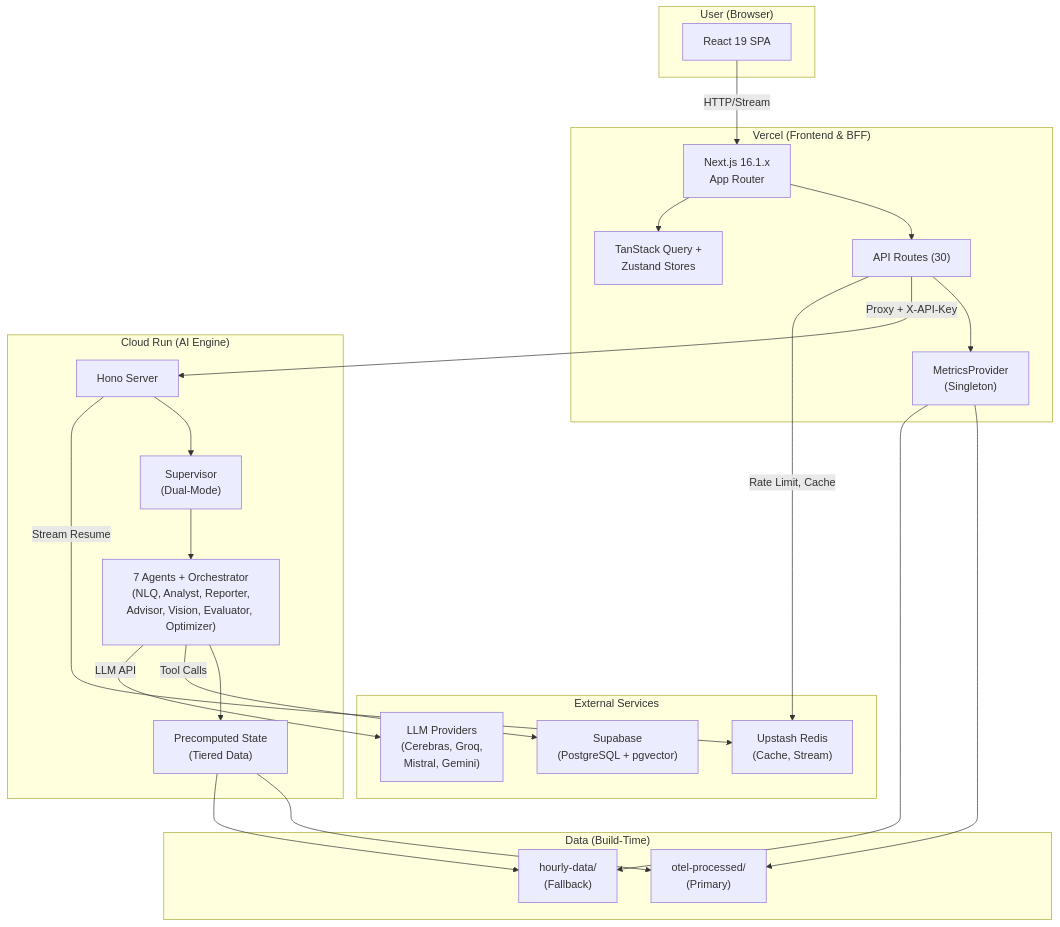
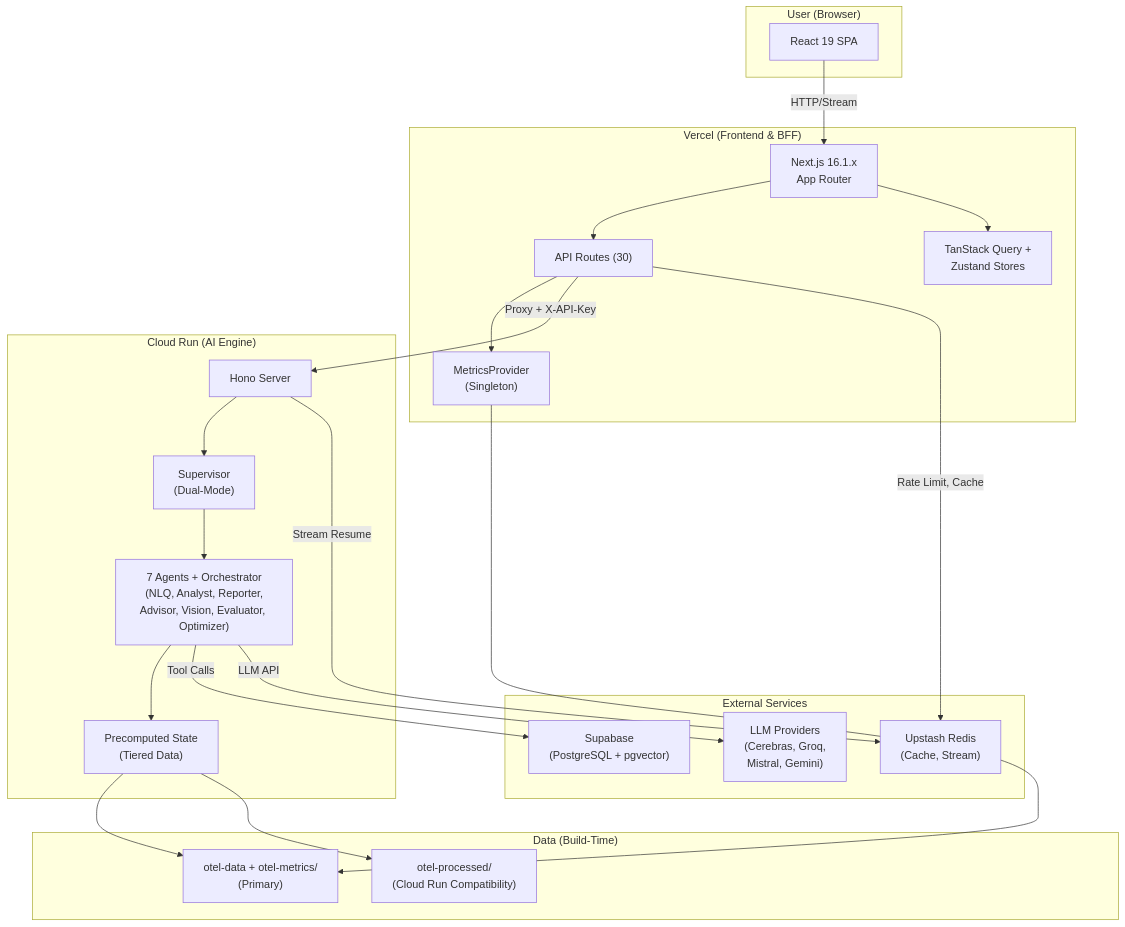
The diagram in docs/reference/architecture/system/system-architecture-current.md (skyasu2/openmanager-ai), drawn with Mermaid before and after one commit. The commit also changed other lines of this file and 200 other files, not shown here.

First line of the commit message:
refactor(otel): standardize OTel metrics, AI engine agents, and UI improvements

````diff
--- a/docs/reference/architecture/system/system-architecture-current.md
+++ b/docs/reference/architecture/system/system-architecture-current.md
@@ -34,48 +34,47 @@
 ```mermaid
 graph TB
     subgraph User["User (Browser)"]
         UI[React 19 SPA]
     end
 
     subgraph Vercel["Vercel (Frontend & BFF)"]
         NextJS["Next.js 16.1.x<br/>App Router"]
         API["API Routes (30)"]
         MP["MetricsProvider<br/>(Singleton)"]
         Providers["TanStack Query +<br/>Zustand Stores"]
     end
 
     subgraph CloudRun["Cloud Run (AI Engine)"]
         Hono["Hono Server"]
         Supervisor["Supervisor<br/>(Dual-Mode)"]
         Agents["7 Agents + Orchestrator<br/>(NLQ, Analyst, Reporter,<br/>Advisor, Vision, Evaluator, Optimizer)"]
         PreComp["Precomputed State<br/>(Tiered Data)"]
     end
 
     subgraph External["External Services"]
         Supabase["Supabase<br/>(PostgreSQL + pgvector)"]
         Redis["Upstash Redis<br/>(Cache, Stream)"]
         LLM["LLM Providers<br/>(Cerebras, Groq,<br/>Mistral, Gemini)"]
     end
 
     subgraph Data["Data (Build-Time)"]
-        OTel["otel-processed/<br/>(Primary)"]
-        Hourly["hourly-data/<br/>(Fallback)"]
+        OTel["otel-data + otel-metrics/<br/>(Primary)"]
+        Compat["otel-processed/<br/>(Cloud Run Compatibility)"]
     end
 
     UI -->|HTTP/Stream| NextJS
     NextJS --> API
     API --> MP
     MP --> OTel
-    MP --> Hourly
     API -->|Proxy + X-API-Key| Hono
     Hono --> Supervisor
     Supervisor --> Agents
     Agents --> PreComp
     PreComp --> OTel
-    PreComp --> Hourly
+    PreComp --> Compat
     Agents -->|Tool Calls| Supabase
     Agents -->|LLM API| LLM
     API -->|Rate Limit, Cache| Redis
     Hono -->|Stream Resume| Redis
     NextJS --> Providers
 ```
````
